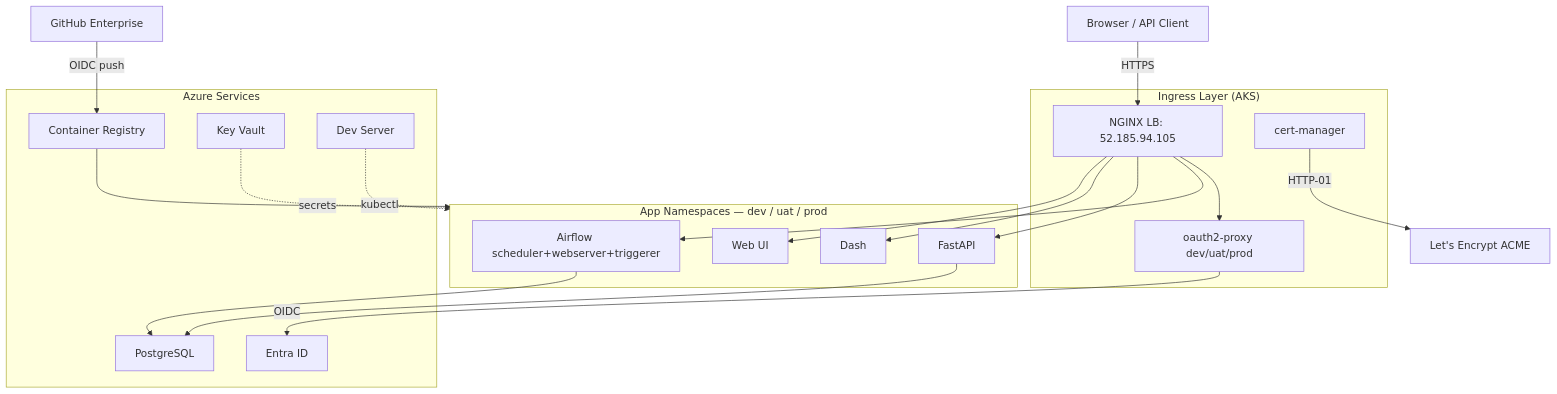
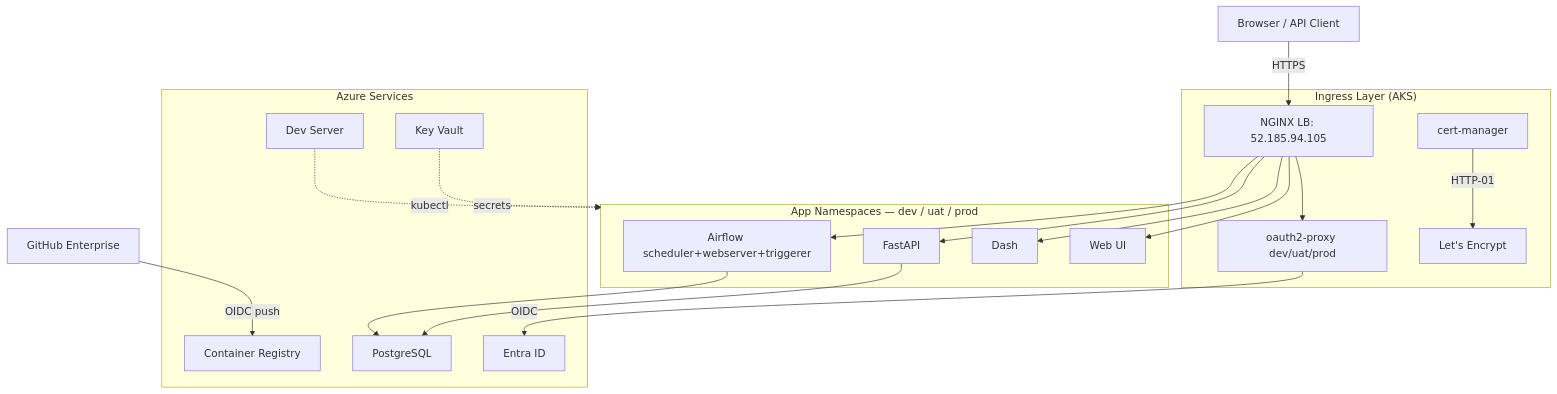
Before and after one commit to ColumbiaDataScienceCorporation/eq_tech: the first of 14 diagrams in docs/mono_slides.md, drawn with Mermaid.

Commit message:
docs: move Let's Encrypt inside Ingress box to reduce diagram width

````diff
--- a/docs/mono_slides.md
+++ b/docs/mono_slides.md
@@ -59,37 +59,36 @@
 ```mermaid
 graph TB
     Browser[Browser / API Client]
     GitHub[GitHub Enterprise]
-    LE[Let's Encrypt ACME]
 
     subgraph Ingress["Ingress Layer (AKS)"]
         NGINX[NGINX LB: 52.185.94.105]
         CM[cert-manager]
         PROXY[oauth2-proxy dev/uat/prod]
+        LE[Let's Encrypt]
     end
 
     subgraph Namespaces["App Namespaces — dev / uat / prod"]
         AIRFLOW[Airflow scheduler+webserver+triggerer]
         API[FastAPI]
         DASH[Dash]
         WEB[Web UI]
     end
 
     subgraph AzureServices["Azure Services"]
         ACR[Container Registry]
         PG[PostgreSQL]
         KV[Key Vault]
         ENTRA[Entra ID]
         DEVVM[Dev Server]
     end
 
     Browser -->|HTTPS| NGINX
     NGINX --> PROXY -->|OIDC| ENTRA
     NGINX --> AIRFLOW & API & DASH & WEB
     CM -->|HTTP-01| LE
     GitHub -->|OIDC push| ACR
-    ACR --> Namespaces
     API & AIRFLOW --> PG
     KV -.->|secrets| Namespaces
     DEVVM -.->|kubectl| Namespaces
 ```
````
